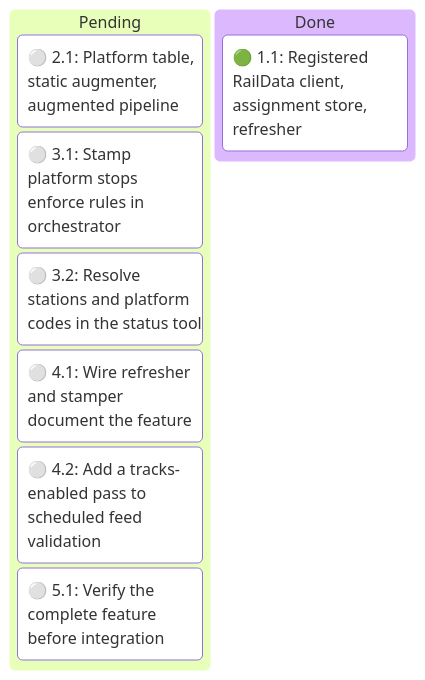
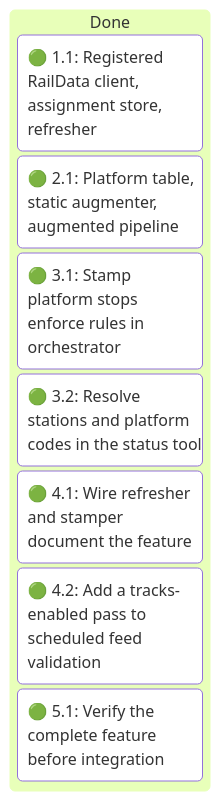
One commit to sohampatwardhan/Amtrak-GTFS-RT changed the first of 2 diagrams in .specs/track-assignments/05_execution.md. Above: the diagram before and after it, drawn with Mermaid. The commit also changed other lines of this file and 6 other files, not shown here.

````diff
--- a/.specs/track-assignments/05_execution.md
+++ b/.specs/track-assignments/05_execution.md
@@ -30,12 +30,11 @@
 ```mermaid
 kanban
-  pending[Pending]
-    t_kanban_2_1[⚪ 2.1: Platform table, static augmenter, augmented pipeline]
-    t_kanban_3_1[⚪ 3.1: Stamp platform stops enforce rules in orchestrator]
-    t_kanban_3_2[⚪ 3.2: Resolve stations and platform codes in the status tool]
-    t_kanban_4_1[⚪ 4.1: Wire refresher and stamper document the feature]
-    t_kanban_4_2[⚪ 4.2: Add a tracks-enabled pass to scheduled feed validation]
-    t_kanban_5_1[⚪ 5.1: Verify the complete feature before integration]
   done[Done]
     t_kanban_1_1[🟢 1.1: Registered RailData client, assignment store, refresher]
+    t_kanban_2_1[🟢 2.1: Platform table, static augmenter, augmented pipeline]
+    t_kanban_3_1[🟢 3.1: Stamp platform stops enforce rules in orchestrator]
+    t_kanban_3_2[🟢 3.2: Resolve stations and platform codes in the status tool]
+    t_kanban_4_1[🟢 4.1: Wire refresher and stamper document the feature]
+    t_kanban_4_2[🟢 4.2: Add a tracks-enabled pass to scheduled feed validation]
+    t_kanban_5_1[🟢 5.1: Verify the complete feature before integration]
 ```
````
